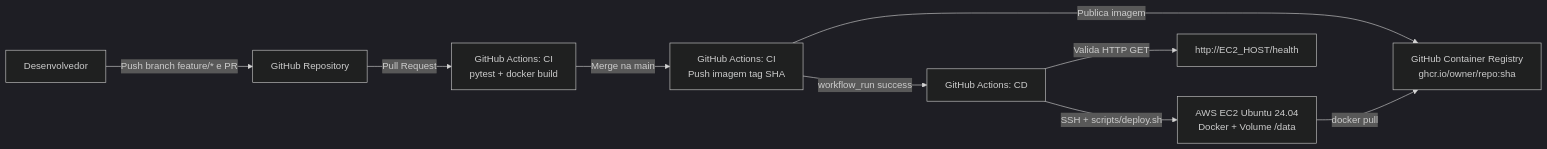
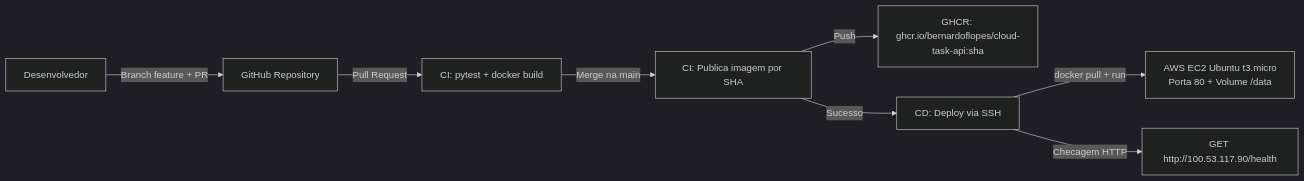
The diagram in RELATORIO.md (BernardoFLopes/cloud-task-api), drawn with Mermaid (dark theme) before and after one commit. The commit also changed other lines of this file and 8 other files, not shown here.

````diff
--- a/RELATORIO.md
+++ b/RELATORIO.md
@@ -10,11 +19,10 @@
 ```mermaid
 flowchart LR
-    Dev[Desenvolvedor] -->|Push branch feature/* e PR| GH[GitHub Repository]
-    GH -->|Pull Request| CI_PR[GitHub Actions: CI<br/>pytest + docker build]
-    CI_PR -->|Merge na main| CI_MAIN[GitHub Actions: CI<br/>Push imagem tag SHA]
-    CI_MAIN -->|Publica imagem| GHCR[GitHub Container Registry<br/>ghcr.io/owner/repo:sha]
-    CI_MAIN -->|workflow_run success| CD[GitHub Actions: CD]
-    CD -->|SSH + scripts/deploy.sh| EC2[AWS EC2 Ubuntu 24.04<br/>Docker + Volume /data]
-    EC2 -->|docker pull| GHCR
-    CD -->|Valida HTTP GET| HEALTH[http://EC2_HOST/health]
+    Dev[Desenvolvedor] -->|Branch feature + PR| GH[GitHub Repository]
+    GH -->|Pull Request| CI_PR[CI: pytest + docker build]
+    CI_PR -->|Merge na main| CI_MAIN[CI: Publica imagem por SHA]
+    CI_MAIN -->|Push| GHCR[GHCR: ghcr.io/bernardoflopes/cloud-task-api:sha]
+    CI_MAIN -->|Sucesso| CD[CD: Deploy via SSH]
+    CD -->|docker pull + run| EC2[AWS EC2 Ubuntu t3.micro<br/>Porta 80 + Volume /data]
+    CD -->|Checagem HTTP| HEALTH[GET http://100.53.117.90/health]
 ```
````
